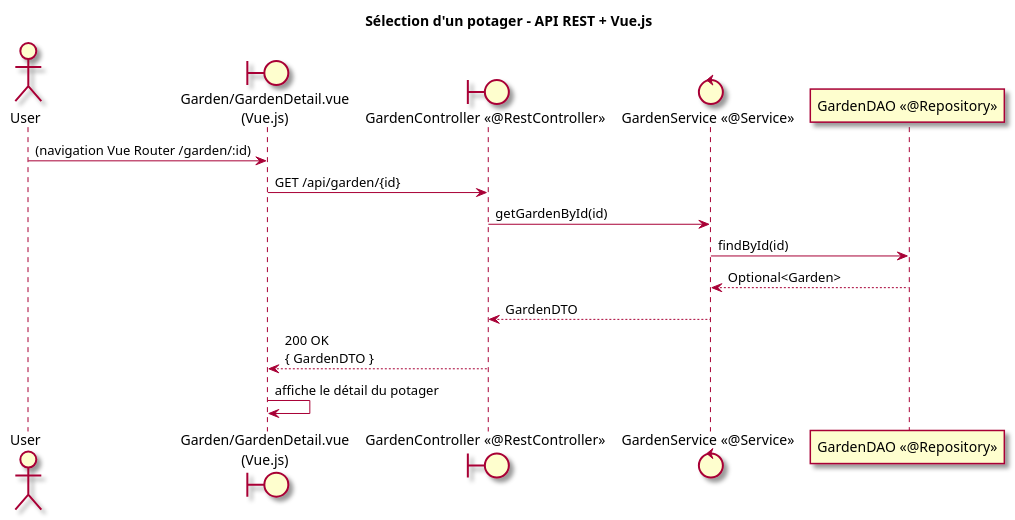
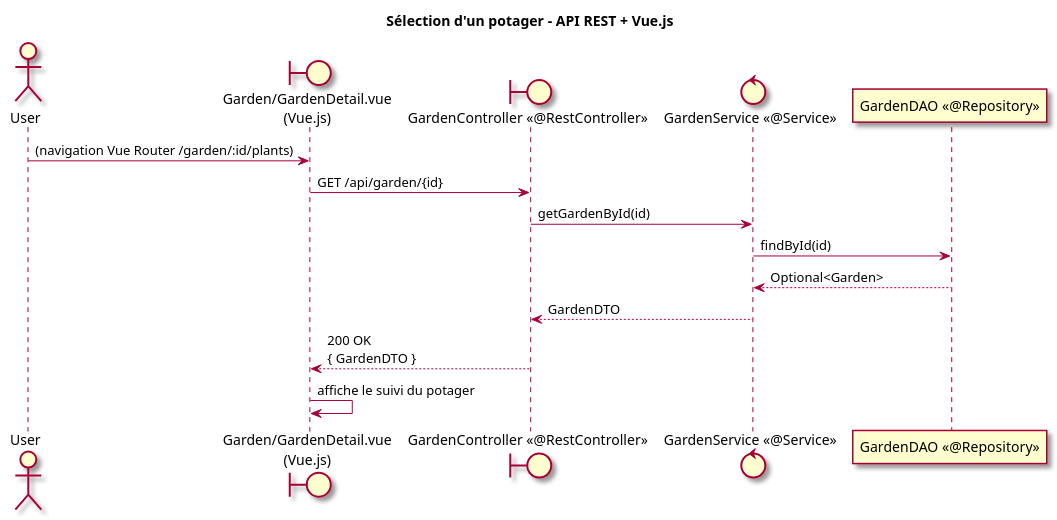
Diagram 21 of 50 in specs/03_Conception_V1.0.md (olivaux/planpotager), drawn with PlantUML before and after one commit. The commit also changed other lines of this file and 19 other files, not shown here.

```diff
--- a/specs/03_Conception_V1.0.md
+++ b/specs/03_Conception_V1.0.md
@@ -1414,22 +1437,22 @@
 ~~~plantuml
 @startuml
 title Sélection d'un potager - API REST + Vue.js
 skin rose
 
 actor User as u
 boundary "Garden/GardenDetail.vue\n(Vue.js)" as vue
 boundary "GardenController <<@RestController>>" as ctrl
 control "GardenService <<@Service>>" as svc
 participant "GardenDAO <<@Repository>>" as repo
 
-u -> vue : (navigation Vue Router /garden/:id)
+u -> vue : (navigation Vue Router /garden/:id/plants)
 vue -> ctrl : GET /api/garden/{id}
 ctrl -> svc : getGardenById(id)
 svc -> repo : findById(id)
 repo --> svc : Optional<Garden>
 svc --> ctrl : GardenDTO
 ctrl --> vue : 200 OK\n{ GardenDTO }
-vue -> vue : affiche le détail du potager
+vue -> vue : affiche le suivi du potager
 
 @enduml
 ~~~
```
